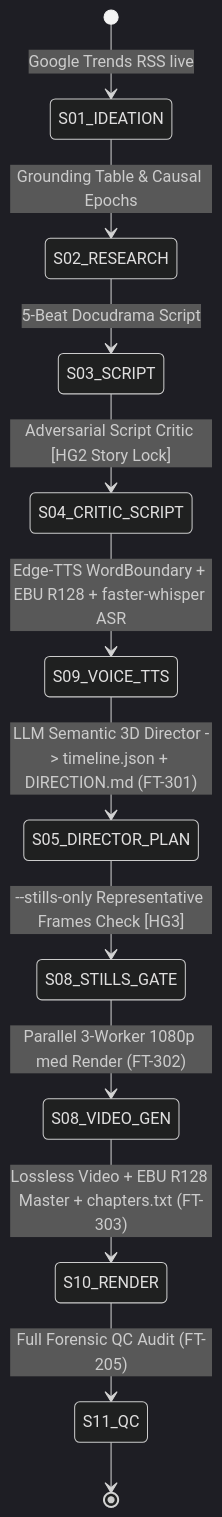
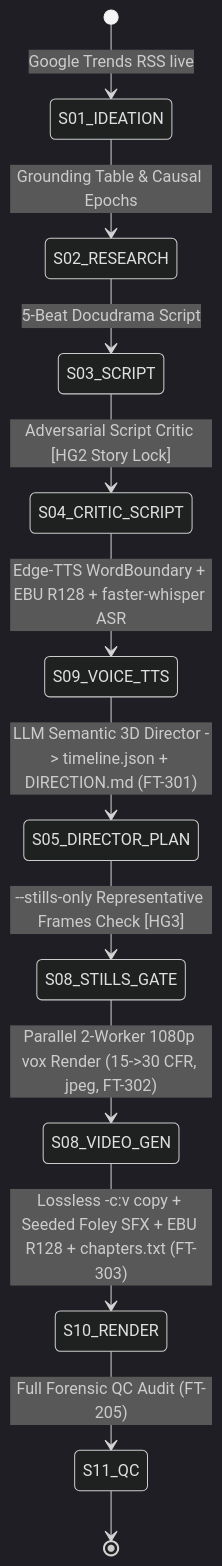
Before and after one commit to hoangdinhhungueh-droid/AI_Vifactory: the diagram in .harness/01_CONTRACTS.md, drawn with Mermaid (dark theme). The commit also changed other lines of this file and 20 other files, not shown here.

Commit message:
feat(papertrails): unify Option C speed engine (vox 15->30fps jpeg) with Pha 1 motion + H1/H2/H5 props + procedural foley SFX

````diff
--- a/.harness/01_CONTRACTS.md
+++ b/.harness/01_CONTRACTS.md
@@ -10,14 +10,14 @@
 ```mermaid
 stateDiagram-v2
     [*] --> S01_IDEATION : Google Trends RSS live
     S01_IDEATION --> S02_RESEARCH : Grounding Table & Causal Epochs
     S02_RESEARCH --> S03_SCRIPT : 5-Beat Docudrama Script
     S03_SCRIPT --> S04_CRITIC_SCRIPT : Adversarial Script Critic [HG2 Story Lock]
     S04_CRITIC_SCRIPT --> S09_VOICE_TTS : Edge-TTS WordBoundary + EBU R128 + faster-whisper ASR
     S09_VOICE_TTS --> S05_DIRECTOR_PLAN : LLM Semantic 3D Director -> timeline.json + DIRECTION.md (FT-301)
     S05_DIRECTOR_PLAN --> S08_STILLS_GATE : --stills-only Representative Frames Check [HG3]
-    S08_STILLS_GATE --> S08_VIDEO_GEN : Parallel 3-Worker 1080p med Render (FT-302)
-    S08_VIDEO_GEN --> S10_RENDER : Lossless Video + EBU R128 Master + chapters.txt (FT-303)
+    S08_STILLS_GATE --> S08_VIDEO_GEN : Parallel 2-Worker 1080p vox Render (15->30 CFR, jpeg, FT-302)
+    S08_VIDEO_GEN --> S10_RENDER : Lossless -c:v copy + Seeded Foley SFX + EBU R128 + chapters.txt (FT-303)
     S10_RENDER --> S11_QC : Full Forensic QC Audit (FT-205)
     S11_QC --> [*]
 ```
````
